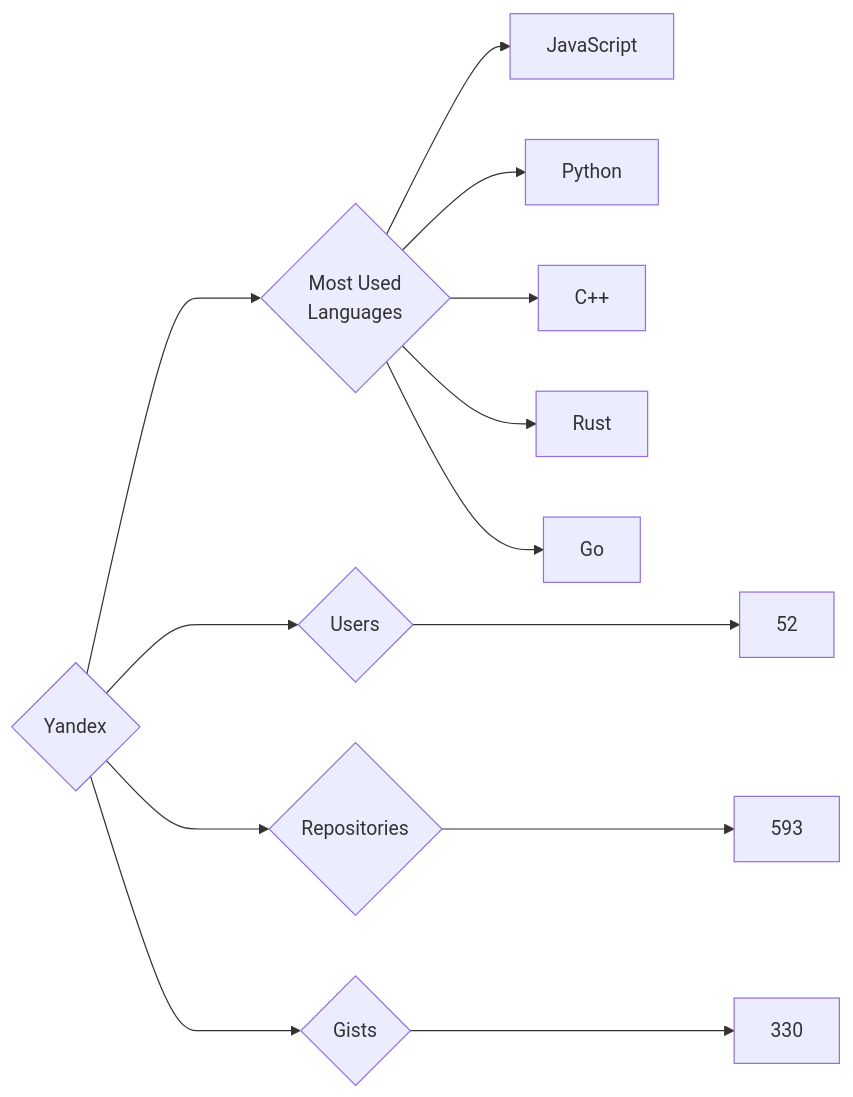
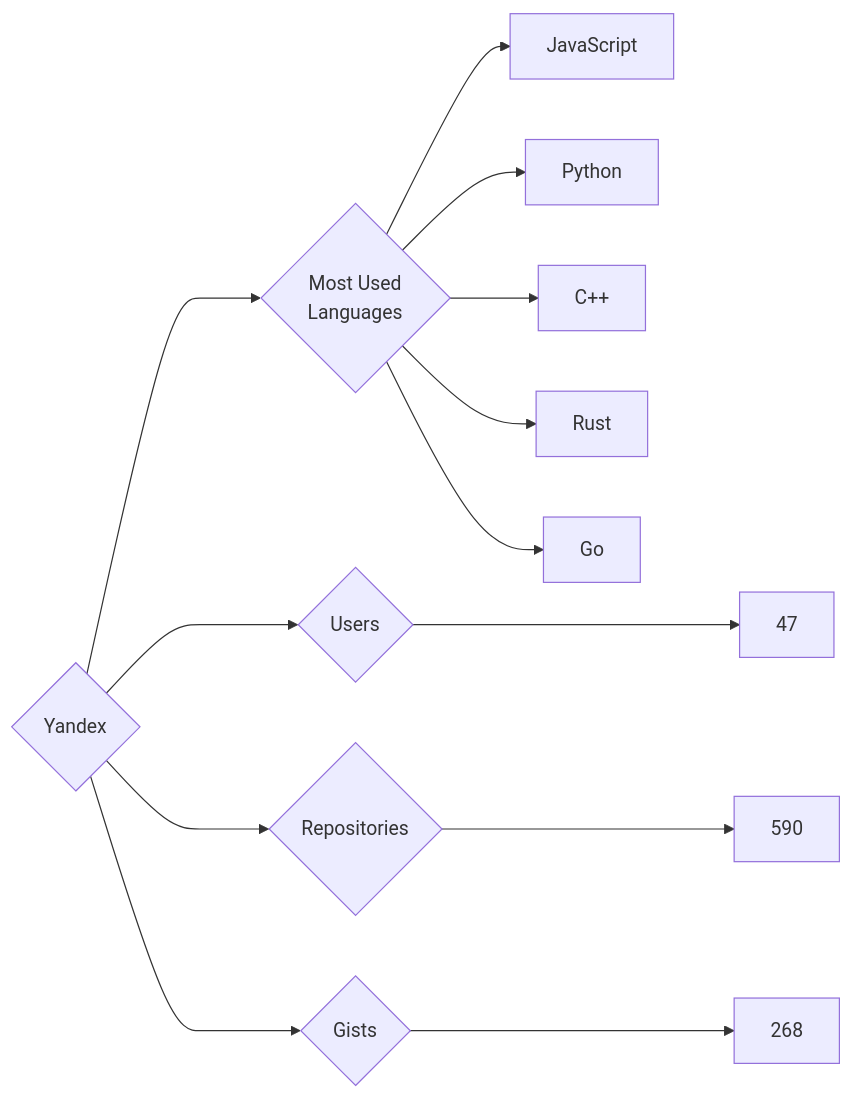
The diagram in targets/Yandex/README.md (trickest/insiders), drawn with Mermaid before and after one commit. The commit also changed 1248 other files, not shown here.

````diff
--- a/targets/Yandex/README.md
+++ b/targets/Yandex/README.md
@@ -3,13 +3,13 @@
 ```mermaid
 graph LR
 COMPANY_NAME{Yandex}
-COMPANY_NAME ---> U{Users} ---> UN[52]
-COMPANY_NAME ---> R{Repositories} ---> RN[593]
-COMPANY_NAME ---> G{Gists} ---> GN[330]
+COMPANY_NAME ---> U{Users} ---> UN[47]
+COMPANY_NAME ---> R{Repositories} ---> RN[590]
+COMPANY_NAME ---> G{Gists} ---> GN[268]
 COMPANY_NAME ---> ML{Most Used<br>Languages}
 ML --> JavaScript[JavaScript]
 ML --> Python[Python]
 ML --> C++[C++]
 ML --> Rust[Rust]
 ML --> Go[Go]
 ```
````
